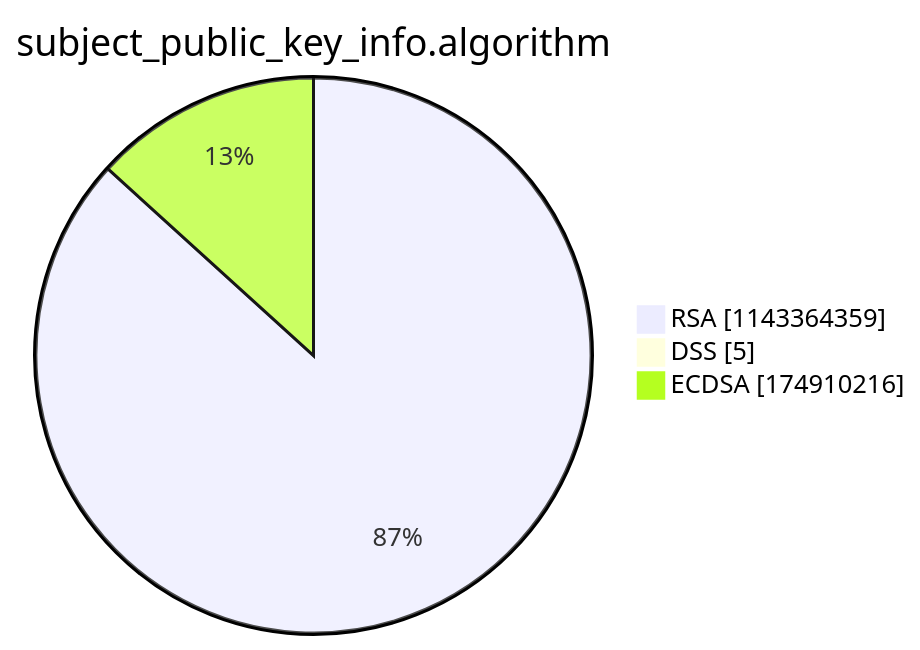
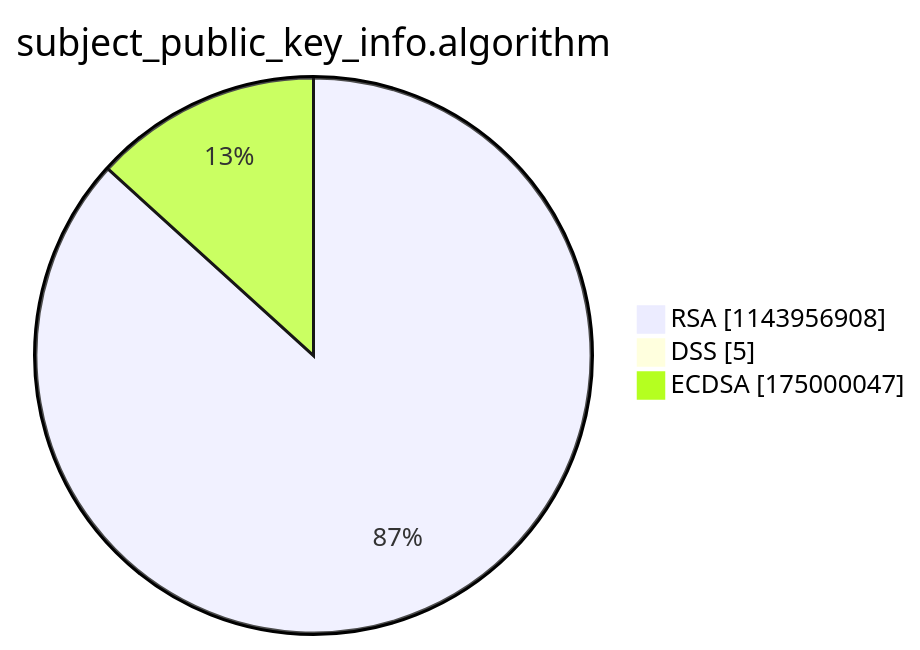
Before and after one commit to christiankrug/ctmonitor_visualization: the third of 15 diagrams in argon2022/README.md, drawn with Mermaid. The commit also changed other lines of this file, not shown here.

````diff
--- a/argon2022/README.md
+++ b/argon2022/README.md
@@ -14,7 +14,7 @@
 ```mermaid
 pie showData
 title subject_public_key_info.algorithm
-"RSA" :1143364359
+"RSA" :1143956908
 "DSS" :5
-"ECDSA" :174910216
+"ECDSA" :175000047
 ```
````
